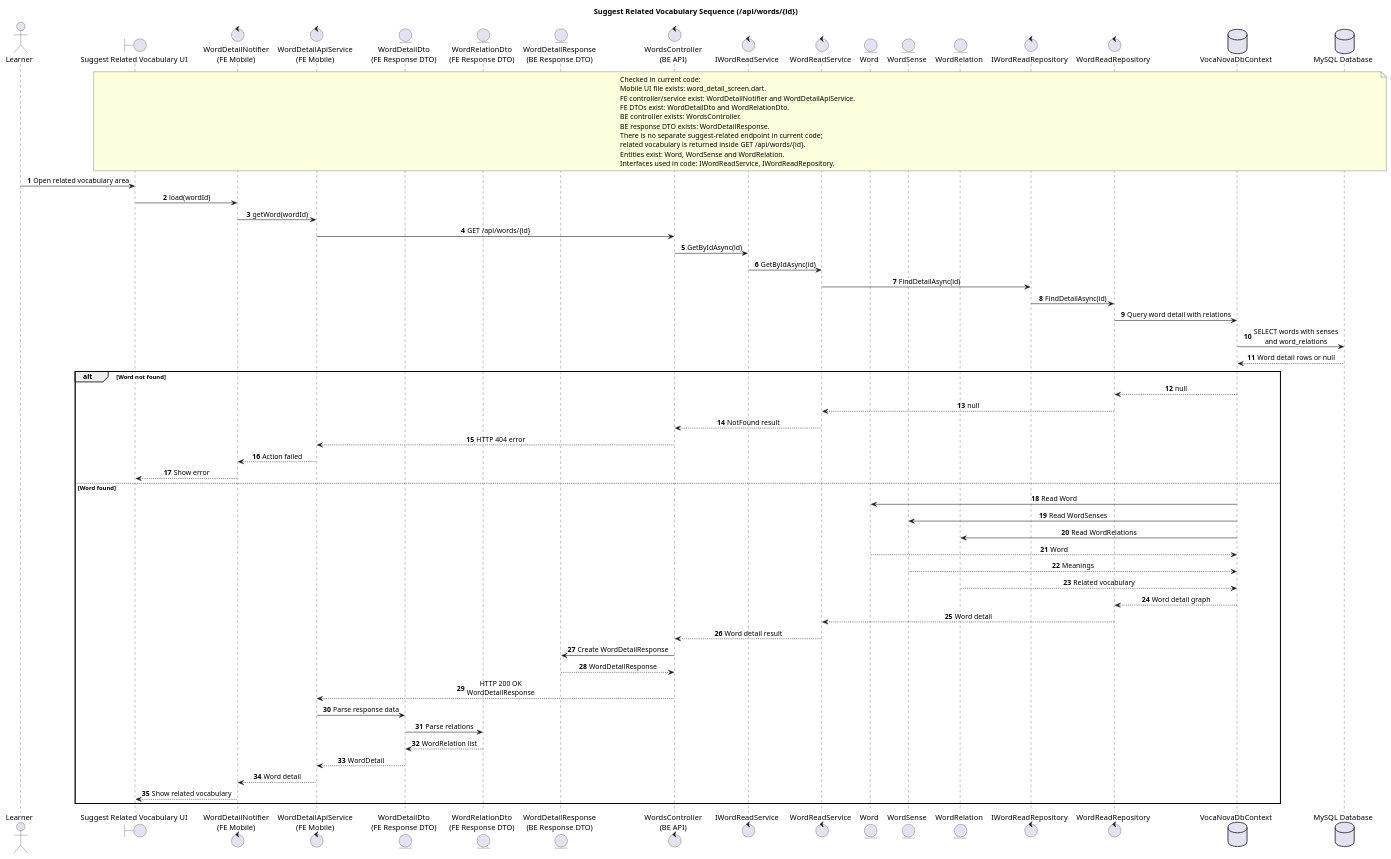
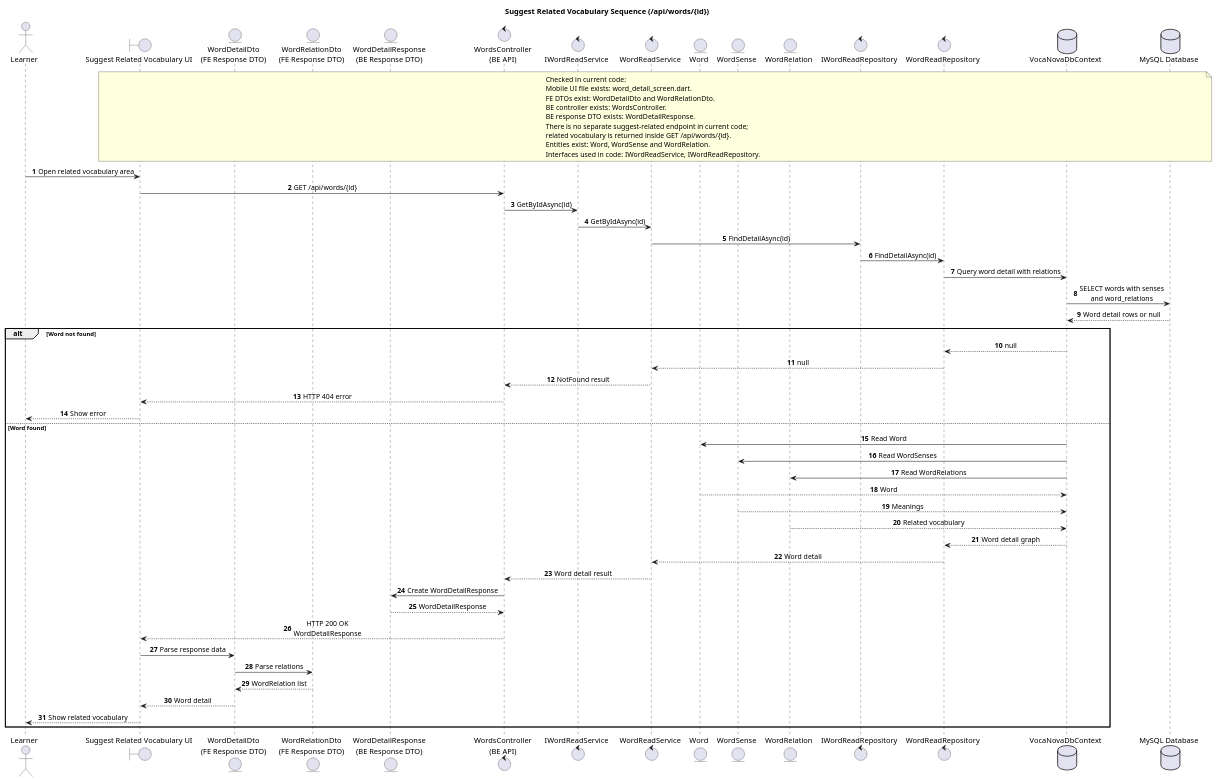
The diagram in docs/diagrams/mobile-suggest-related-vocabulary-sequence.puml (thisIsCenx04/VocaNova), drawn with PlantUML before and after one commit. The commit also changed 11 other files, not shown here.

```diff
--- a/docs/diagrams/mobile-suggest-related-vocabulary-sequence.puml
+++ b/docs/diagrams/mobile-suggest-related-vocabulary-sequence.puml
@@ -1,79 +1,72 @@
 @startuml
 title Suggest Related Vocabulary Sequence (/api/words/{id})
 
 autonumber
 skinparam responseMessageBelowArrow true
 skinparam sequenceMessageAlign center
 
 actor Learner
 boundary "Suggest Related Vocabulary UI" as RelatedUi
-control "WordDetailNotifier\n(FE Mobile)" as FeController
-control "WordDetailApiService\n(FE Mobile)" as FeApiService
 entity "WordDetailDto\n(FE Response DTO)" as FeWordDetailDto
 entity "WordRelationDto\n(FE Response DTO)" as FeRelationDto
 entity "WordDetailResponse\n(BE Response DTO)" as BeWordDetailDto
 control "WordsController\n(BE API)" as BeController
 control "IWordReadService" as IWordReadService
 control "WordReadService" as WordService
 entity "Word" as WordEntity
 entity "WordSense" as WordSenseEntity
 entity "WordRelation" as WordRelationEntity
 control "IWordReadRepository" as IWordReadRepository
 control "WordReadRepository" as WordRepository
 database "VocaNovaDbContext" as DbContext
 database "MySQL Database" as MySQL
 
 note over RelatedUi, MySQL
 Checked in current code:
 Mobile UI file exists: word_detail_screen.dart.
-FE controller/service exist: WordDetailNotifier and WordDetailApiService.
 FE DTOs exist: WordDetailDto and WordRelationDto.
 BE controller exists: WordsController.
 BE response DTO exists: WordDetailResponse.
 There is no separate suggest-related endpoint in current code;
 related vocabulary is returned inside GET /api/words/{id}.
 Entities exist: Word, WordSense and WordRelation.
 Interfaces used in code: IWordReadService, IWordReadRepository.
 end note
 
 Learner -> RelatedUi: Open related vocabulary area
-RelatedUi -> FeController: load(wordId)
-FeController -> FeApiService: getWord(wordId)
-FeApiService -> BeController: GET /api/words/{id}
+RelatedUi -> BeController: GET /api/words/{id}
 BeController -> IWordReadService: GetByIdAsync(id)
 IWordReadService -> WordService: GetByIdAsync(id)
 WordService -> IWordReadRepository: FindDetailAsync(id)
 IWordReadRepository -> WordRepository: FindDetailAsync(id)
 WordRepository -> DbContext: Query word detail with relations
 DbContext -> MySQL: SELECT words with senses\nand word_relations
 MySQL --> DbContext: Word detail rows or null
 
 alt Word not found
     DbContext --> WordRepository: null
     WordRepository --> WordService: null
     WordService --> BeController: NotFound result
-    BeController --> FeApiService: HTTP 404 error
-    FeApiService --> FeController: Action failed
-    FeController --> RelatedUi: Show error
+    BeController --> RelatedUi: HTTP 404 error
+    RelatedUi --> Learner: Show error
 else Word found
     DbContext -> WordEntity: Read Word
     DbContext -> WordSenseEntity: Read WordSenses
     DbContext -> WordRelationEntity: Read WordRelations
     WordEntity --> DbContext: Word
     WordSenseEntity --> DbContext: Meanings
     WordRelationEntity --> DbContext: Related vocabulary
     DbContext --> WordRepository: Word detail graph
     WordRepository --> WordService: Word detail
     WordService --> BeController: Word detail result
     BeController -> BeWordDetailDto: Create WordDetailResponse
     BeWordDetailDto --> BeController: WordDetailResponse
-    BeController --> FeApiService: HTTP 200 OK\nWordDetailResponse
-    FeApiService -> FeWordDetailDto: Parse response data
+    BeController --> RelatedUi: HTTP 200 OK\nWordDetailResponse
+    RelatedUi -> FeWordDetailDto: Parse response data
     FeWordDetailDto -> FeRelationDto: Parse relations
     FeRelationDto --> FeWordDetailDto: WordRelation list
-    FeWordDetailDto --> FeApiService: WordDetail
-    FeApiService --> FeController: Word detail
-    FeController --> RelatedUi: Show related vocabulary
+    FeWordDetailDto --> RelatedUi: Word detail
+    RelatedUi --> Learner: Show related vocabulary
 end
 
 @enduml
```
